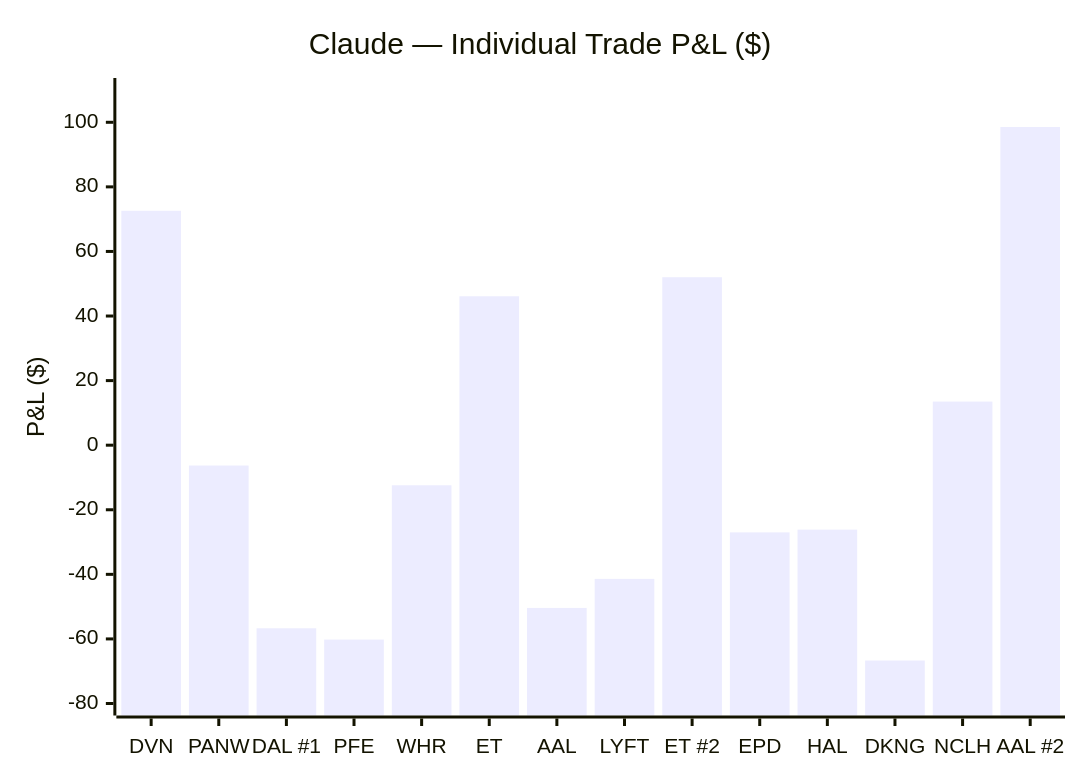
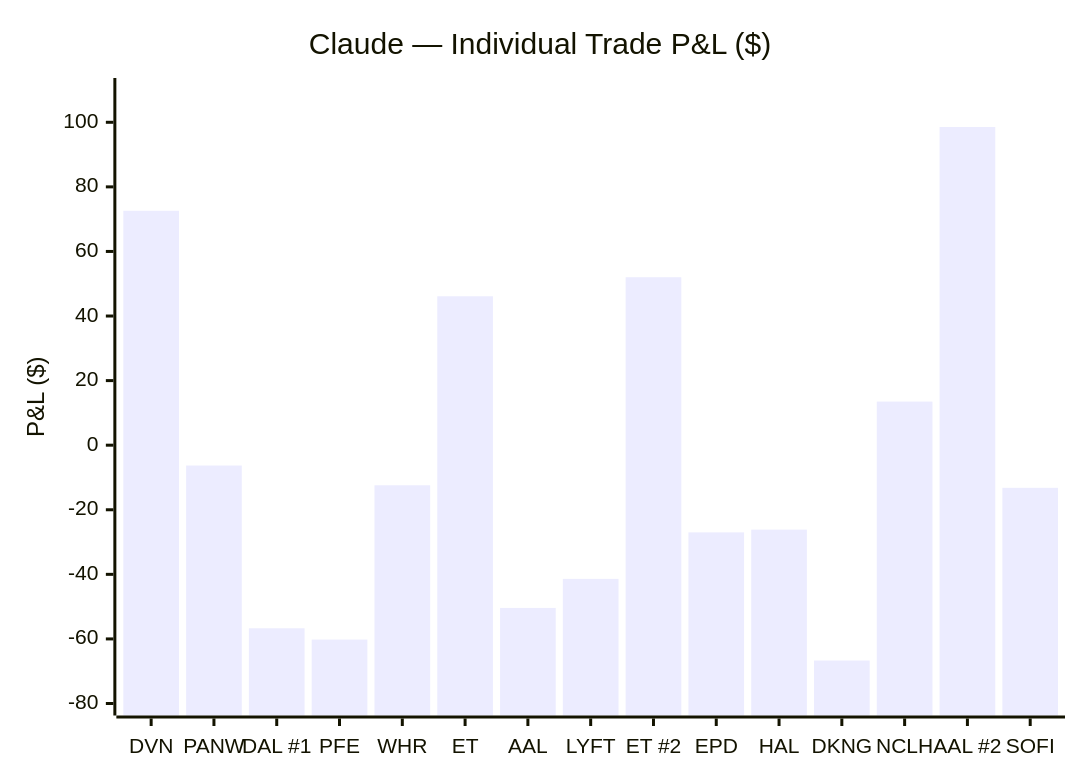
The second of 5 diagrams in README.md (zachisit/ai-auto-buy-thesis), drawn with Mermaid before and after one commit. The commit also changed other lines of this file and 2 other files, not shown here.

Commit message:
Update README and add session logs for 6/18 — SOFI closed -$13.20 (fastest exit, hawkish Fed killed rate-cut thesis Day 1); NCLH #2 Day 6 +$39.78 unrealized; deal SIGNED at Versailles; Fed hawkish 3.8% dot plot median; Rule 21 added (next-day buy stops for binary events)

````diff
--- a/README.md
+++ b/README.md
@@ -39,7 +39,7 @@
 ```mermaid
 xychart-beta
     title "Claude — Individual Trade P&L ($)"
-    x-axis ["DVN", "PANW", "DAL #1", "PFE", "WHR", "ET", "AAL", "LYFT", "ET #2", "EPD", "HAL", "DKNG", "NCLH", "AAL #2"]
+    x-axis ["DVN", "PANW", "DAL #1", "PFE", "WHR", "ET", "AAL", "LYFT", "ET #2", "EPD", "HAL", "DKNG", "NCLH", "AAL #2", "SOFI"]
     y-axis "P&L ($)" -80 --> 110
-    bar [72.60, -6.30, -56.70, -60.20, -12.41, 46.11, -50.40, -41.40, 52.02, -27.00, -26.16, -66.69, 13.50, 98.55]
+    bar [72.60, -6.30, -56.70, -60.20, -12.41, 46.11, -50.40, -41.40, 52.02, -27.00, -26.16, -66.69, 13.50, 98.55, -13.20]
 ```
````
